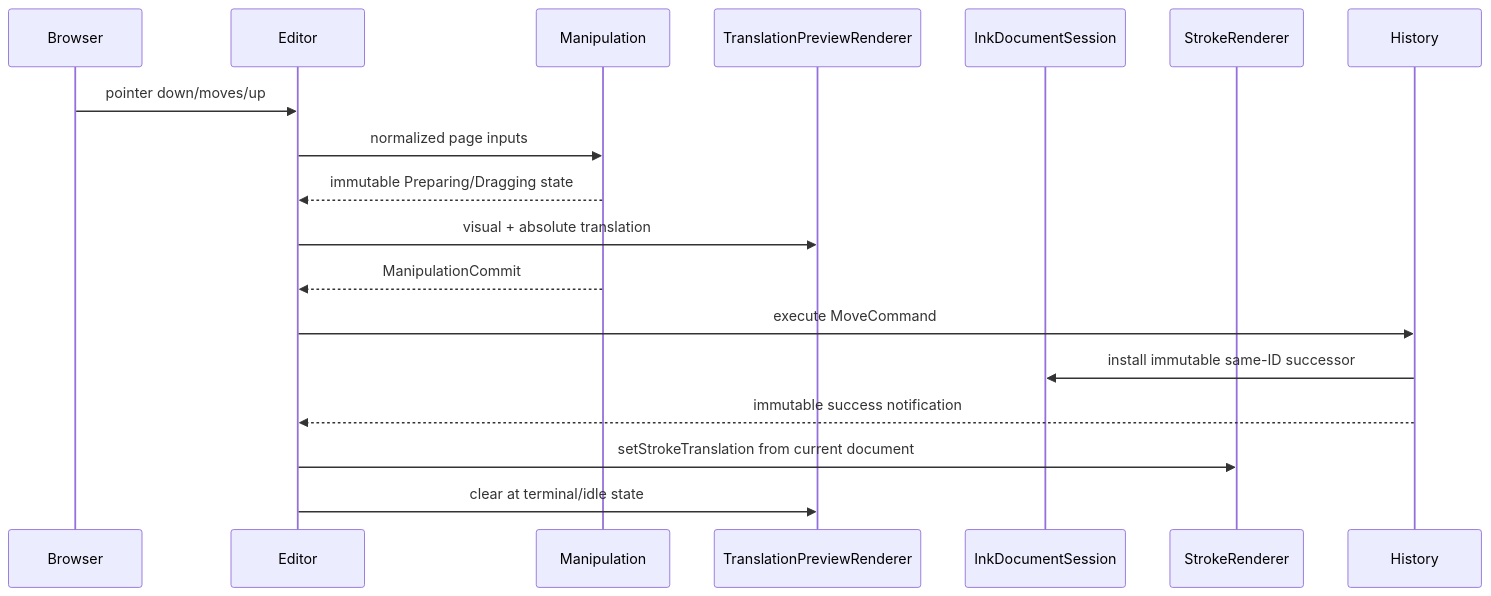
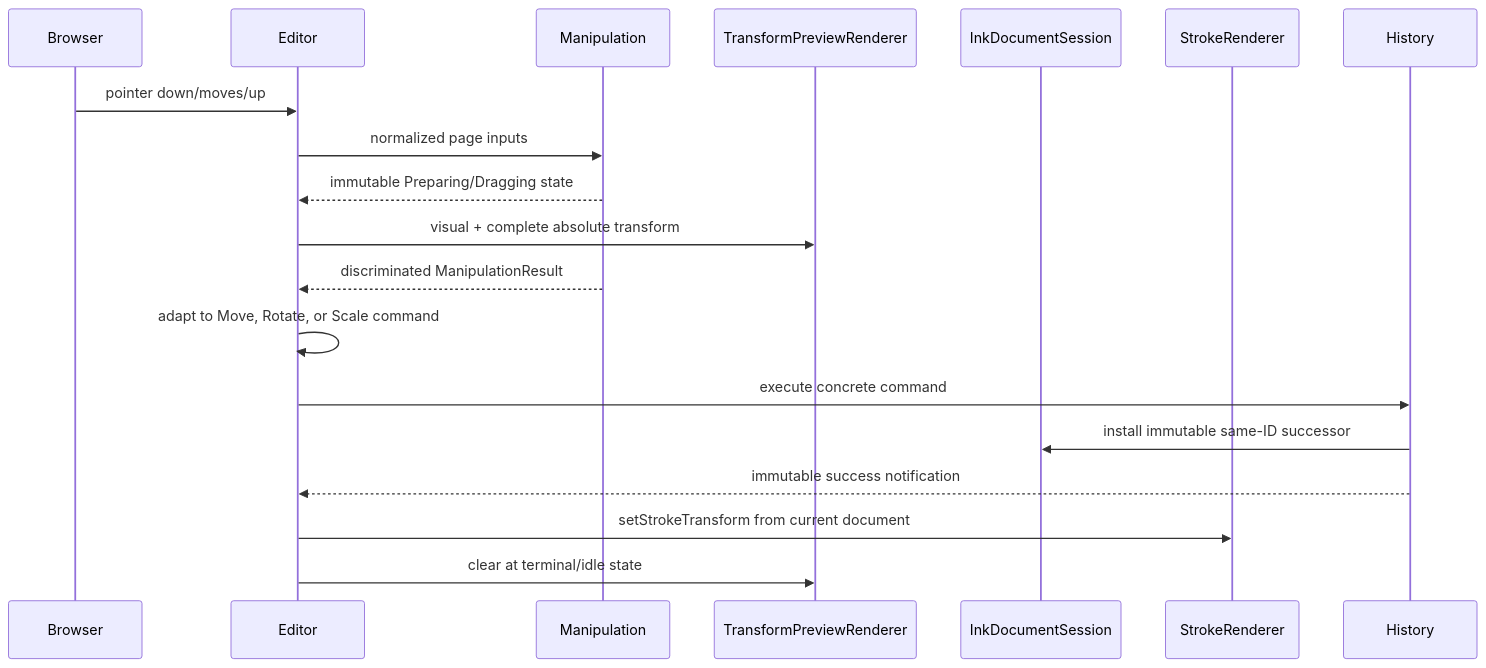
Diagram 29 of 45 in docs/architecture/FOLIO_ARCHITECTURE_REFERENCE_MANUAL.md (ritikpandey1981/digital-notes), drawn with Mermaid before and after one commit. The commit also changed other lines of this file and 75 other files, not shown here.

````diff
--- a/docs/architecture/FOLIO_ARCHITECTURE_REFERENCE_MANUAL.md
+++ b/docs/architecture/FOLIO_ARCHITECTURE_REFERENCE_MANUAL.md
@@ -1234,19 +1249,20 @@
 ```mermaid
 sequenceDiagram
     participant Browser
     participant Editor
     participant Manipulation
-    participant Preview as TranslationPreviewRenderer
+    participant Preview as TransformPreviewRenderer
     participant Session as InkDocumentSession
     participant Ink as StrokeRenderer
     Browser->>Editor: pointer down/moves/up
     Editor->>Manipulation: normalized page inputs
     Manipulation-->>Editor: immutable Preparing/Dragging state
-    Editor->>Preview: visual + absolute translation
-    Manipulation-->>Editor: ManipulationCommit
-    Editor->>History: execute MoveCommand
+    Editor->>Preview: visual + complete absolute transform
+    Manipulation-->>Editor: discriminated ManipulationResult
+    Editor->>Editor: adapt to Move, Rotate, or Scale command
+    Editor->>History: execute concrete command
     History->>Session: install immutable same-ID successor
     History-->>Editor: immutable success notification
-    Editor->>Ink: setStrokeTranslation from current document
+    Editor->>Ink: setStrokeTransform from current document
     Editor->>Preview: clear at terminal/idle state
 ```
````
